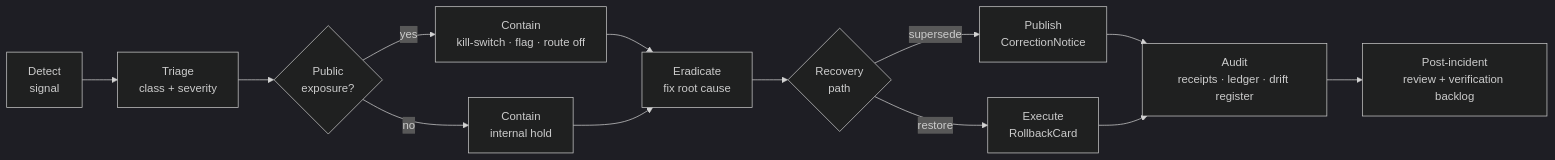
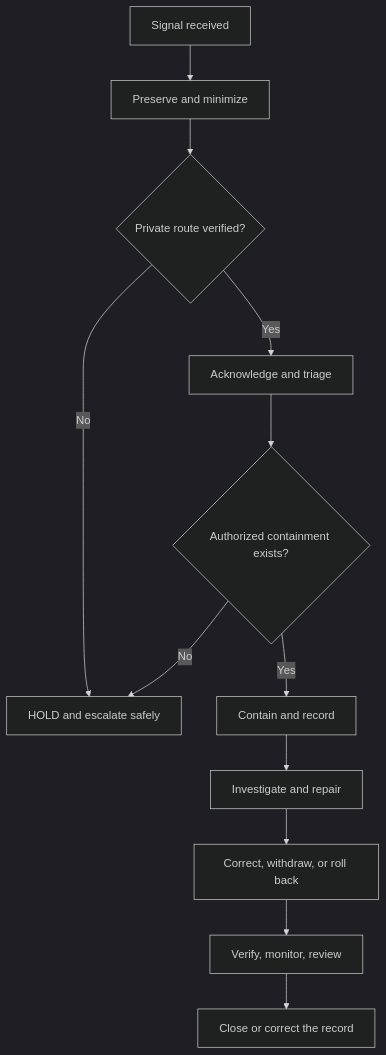
One commit to bartytime4life/Kansas-Frontier-Matrix changed the diagram in docs/runbooks/INCIDENT_RESPONSE.md. Above: the diagram before and after it, drawn with Mermaid (dark theme). The commit also changed other lines of this file, not shown here.

Commit message:
docs(runbooks): modernize incident response guidance

````diff
--- a/docs/runbooks/INCIDENT_RESPONSE.md
+++ b/docs/runbooks/INCIDENT_RESPONSE.md
@@ -175,15 +190,14 @@
 ```mermaid
-flowchart LR
-    A[Detect<br/>signal] --> B[Triage<br/>class + severity]
-    B --> C{Public<br/>exposure?}
-    C -- "yes" --> D[Contain<br/>kill-switch · flag · route off]
-    C -- "no" --> E[Contain<br/>internal hold]
-    D --> F[Eradicate<br/>fix root cause]
-    E --> F
-    F --> G{Recovery<br/>path}
-    G -- "supersede" --> H[Publish<br/>CorrectionNotice]
-    G -- "restore" --> I[Execute<br/>RollbackCard]
-    H --> J[Audit<br/>receipts · ledger · drift register]
-    I --> J
-    J --> K[Post-incident<br/>review + verification backlog]
+flowchart TD
+    A["Signal received"] --> B["Preserve and minimize"]
+    B --> C{"Private route verified?"}
+    C -- "No" --> D["HOLD and escalate safely"]
+    C -- "Yes" --> E["Acknowledge and triage"]
+    E --> F{"Authorized containment exists?"}
+    F -- "No" --> D
+    F -- "Yes" --> G["Contain and record"]
+    G --> H["Investigate and repair"]
+    H --> I["Correct, withdraw, or roll back"]
+    I --> J["Verify, monitor, review"]
+    J --> K["Close or correct the record"]
 ```
````
